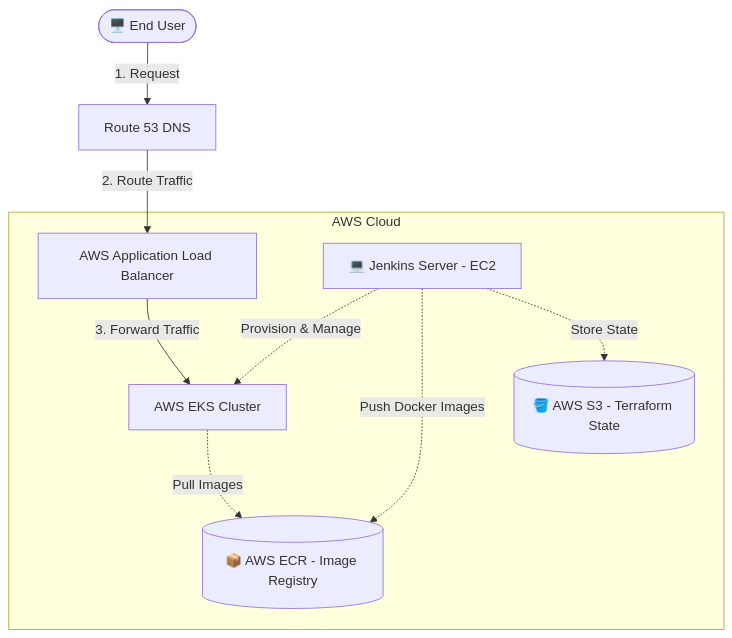
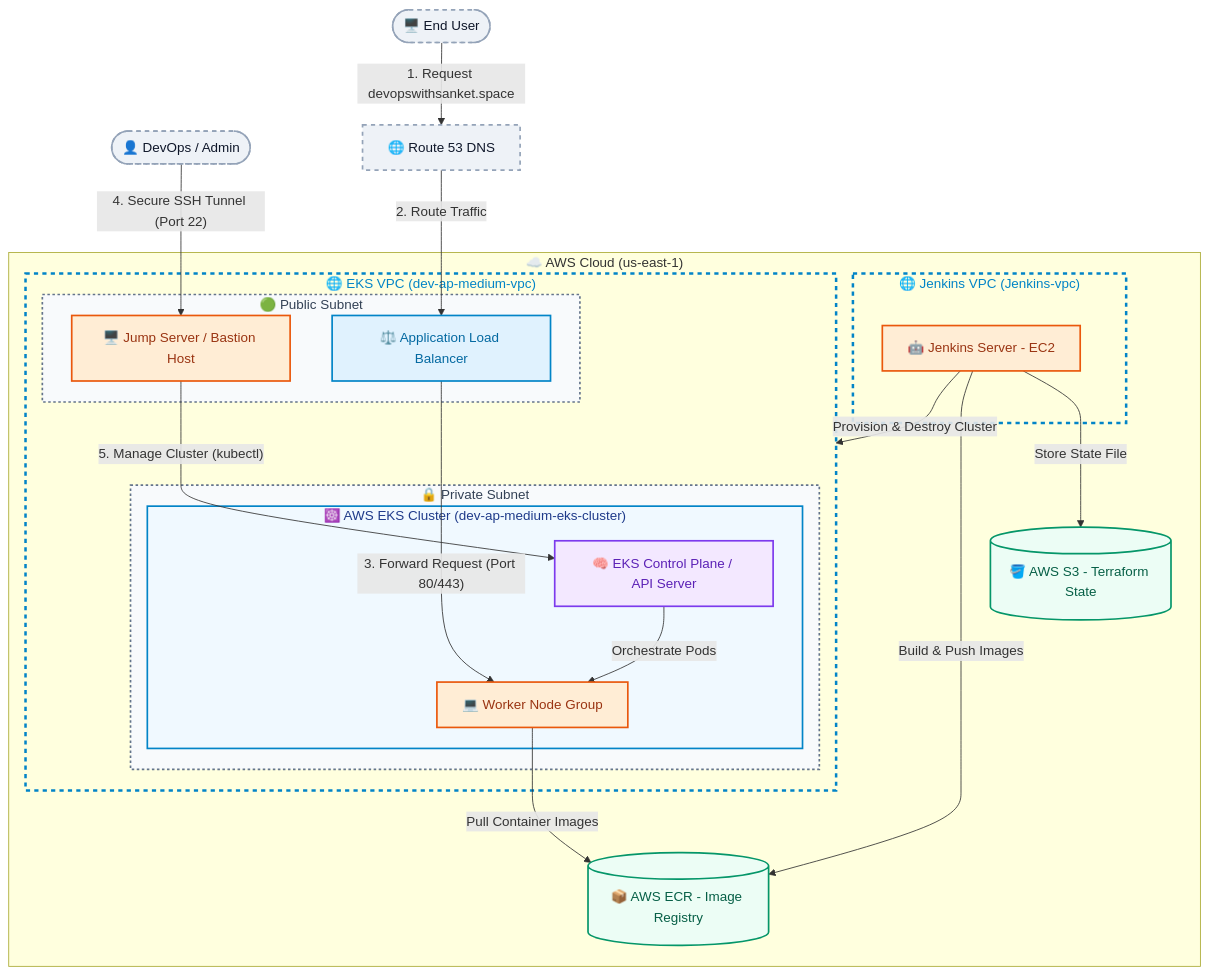
Before and after one commit to Sanket006/three-tier-devsecops-eks: the first of 3 diagrams in docs/09-architecture-diagrams.md, drawn with Mermaid. The commit also changed other lines of this file and 2 other files, not shown here.

Commit message:
docs: add numbered steps to Kubernetes diagram, refine EKS and Jenkins VPC structures

````diff
--- a/docs/09-architecture-diagrams.md
+++ b/docs/09-architecture-diagrams.md
@@ -10,19 +10,65 @@
 ```mermaid
-graph TD
-    User([🖥️ End User]) -->|1. Request| Route53[Route 53 DNS]
-    Route53 -->|2. Route Traffic| ALB[AWS Application Load Balancer]
-    ALB -->|3. Forward Traffic| EKS[AWS EKS Cluster]
+graph TB
+    %% Nodes outside VPC
+    User([🖥️ End User])
+    DevOps([👤 DevOps / Admin])
+    Route53[🌐 Route 53 DNS]
 
-    subgraph AWS Cloud
-        ALB
-        EKS
-        Jenkins[💻 Jenkins Server - EC2]
+    subgraph AWS_Cloud ["☁️ AWS Cloud (us-east-1)"]
+        
+        subgraph Jenkins_VPC ["🌐 Jenkins VPC (Jenkins-vpc)"]
+            Jenkins[🤖 Jenkins Server - EC2]
+        end
+
+        subgraph EKS_VPC ["🌐 EKS VPC (dev-ap-medium-vpc)"]
+            subgraph Public_Subnet ["🟢 Public Subnet"]
+                ALB[⚖️ Application Load Balancer]
+                JumpServer[🖥️ Jump Server / Bastion Host]
+            end
+            
+            subgraph Private_Subnet ["🔒 Private Subnet"]
+                subgraph EKS_Cluster ["☸️ AWS EKS Cluster (dev-ap-medium-eks-cluster)"]
+                    ControlPlane[🧠 EKS Control Plane / API Server]
+                    WorkerNodes[💻 Worker Node Group]
+                end
+            end
+        end
+        
+        %% AWS Managed Services
         ECR[(📦 AWS ECR - Image Registry)]
         S3[(🪣 AWS S3 - Terraform State)]
     end
 
-    Jenkins -.->|Provision & Manage| EKS
-    Jenkins -.->|Push Docker Images| ECR
-    Jenkins -.->|Store State| S3
-    EKS -.->|Pull Images| ECR
+    %% Flow connections
+    User -->|1. Request devopswithsanket.space| Route53
+    Route53 -->|2. Route Traffic| ALB
+    ALB -->|"3. Forward Request (Port 80/443)"| WorkerNodes
+    DevOps -->|"4. Secure SSH Tunnel (Port 22)"| JumpServer
+    JumpServer -->|"5. Manage Cluster (kubectl)"| ControlPlane
+    ControlPlane -->|Orchestrate Pods| WorkerNodes
+    
+    %% Pipeline & Infrastructure Management
+    Jenkins -->|Provision & Destroy Cluster| EKS_VPC
+    Jenkins -->|Store State File| S3
+    Jenkins -->|Build & Push Images| ECR
+    WorkerNodes -->|Pull Container Images| ECR
+
+    %% Formatting / Class Definitions for premium look
+    classDef external fill:#eef2f7,stroke:#94a3b8,stroke-width:2px,color:#0f172a,stroke-dasharray: 5 5;
+    classDef network fill:#e0f2fe,stroke:#0284c7,stroke-width:2px,color:#0369a1;
+    classDef compute fill:#ffedd5,stroke:#ea580c,stroke-width:2px,color:#9a3412;
+    classDef storage fill:#ecfdf5,stroke:#059669,stroke-width:2px,color:#065f46;
+    classDef security fill:#f3e8ff,stroke:#7c3aed,stroke-width:2px,color:#5b21b6;
+    classDef vpc fill:none,stroke:#0284c7,stroke-width:3px,stroke-dasharray: 5 5,color:#0284c7;
+    classDef subnet fill:#f8fafc,stroke:#64748b,stroke-width:2px,stroke-dasharray: 3 3,color:#334155;
+    classDef eks fill:#f0f9ff,stroke:#0284c7,stroke-width:2px,color:#1e3a8a;
+
+    class User,DevOps,Route53 external;
+    class ALB network;
+    class JumpServer,Jenkins,WorkerNodes compute;
+    class ECR,S3 storage;
+    class ControlPlane security;
+    class Jenkins_VPC,EKS_VPC vpc;
+    class Public_Subnet,Private_Subnet subnet;
+    class EKS_Cluster eks;
 ```
````
